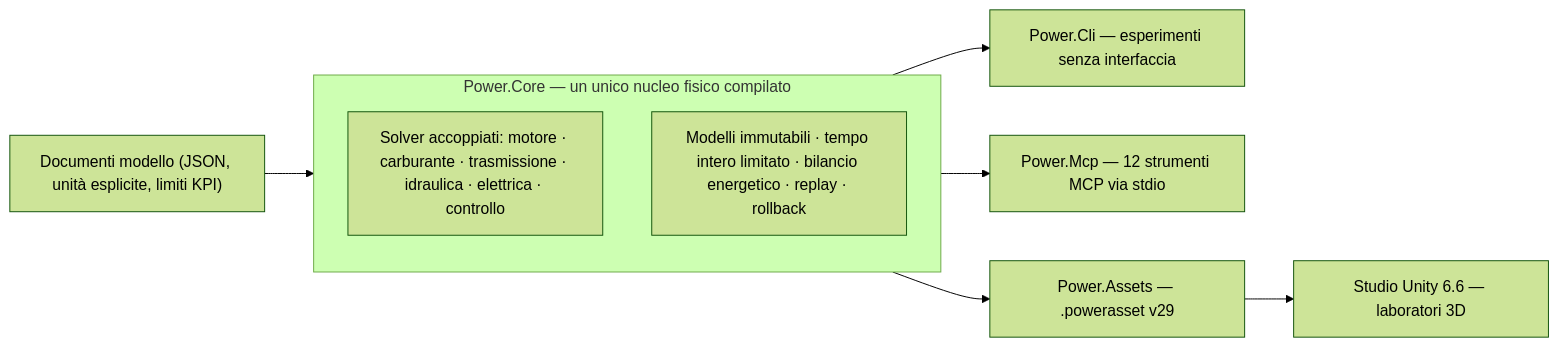
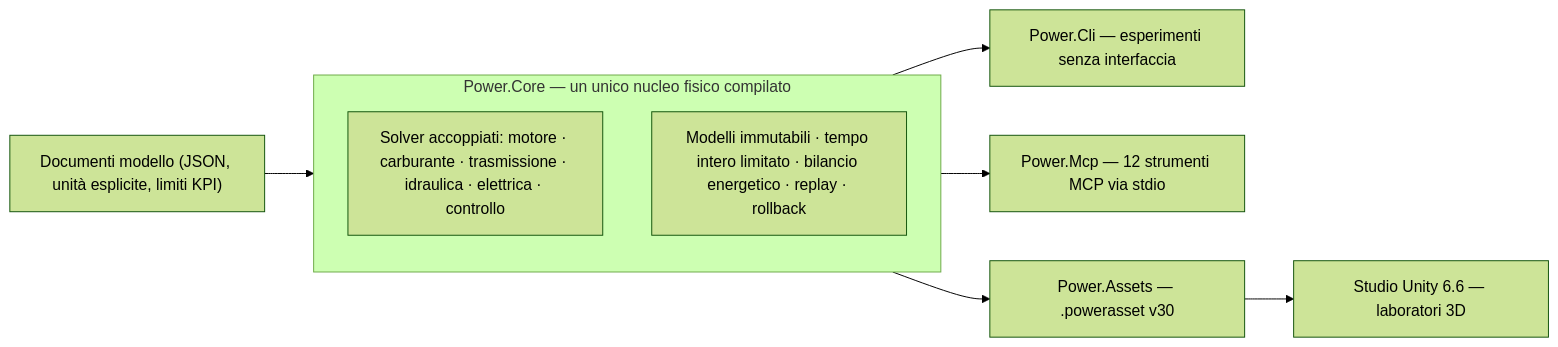
Before and after one commit to Water-Run/Power: the diagram in README.it.md, drawn with Mermaid (forest theme). The commit also changed other lines of this file and 193 other files, not shown here.

````diff
--- a/README.it.md
+++ b/README.it.md
@@ -13,18 +13,18 @@
 ```mermaid
 flowchart LR
     model["Documenti modello (JSON, unità esplicite, limiti KPI)"]
     subgraph core["Power.Core — un unico nucleo fisico compilato"]
         solvers["Solver accoppiati: motore · carburante · trasmissione · idraulica · elettrica · controllo"]
         invariants["Modelli immutabili · tempo intero limitato · bilancio energetico · replay · rollback"]
     end
     cli["Power.Cli — esperimenti senza interfaccia"]
     mcp["Power.Mcp — 12 strumenti MCP via stdio"]
-    assets["Power.Assets — .powerasset v29"]
+    assets["Power.Assets — .powerasset v30"]
     unity["Studio Unity 6.6 — laboratori 3D"]
 
     model --> core
     core --> cli
     core --> mcp
     core --> assets
     assets --> unity
 ```
````
